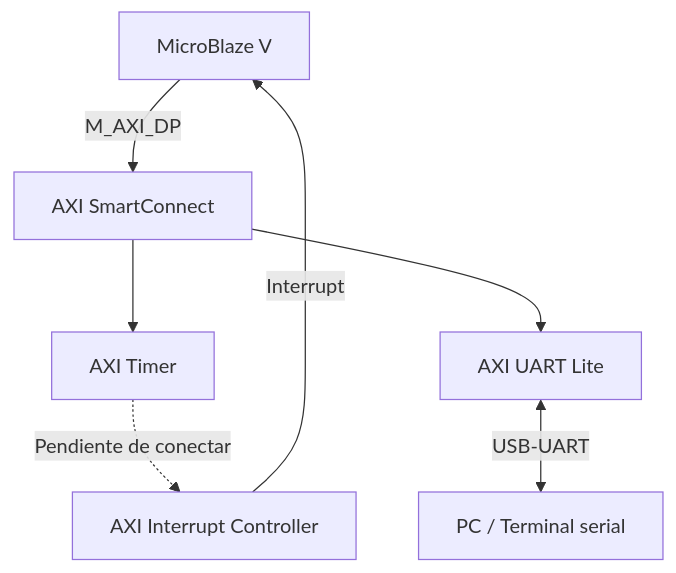
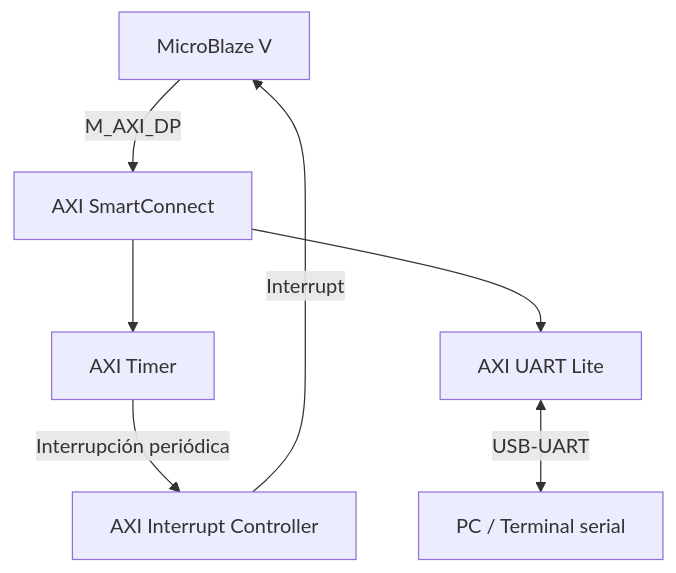
The third of 3 diagrams in docs/diseno/diseno.md (ee-herrerar/EL3313-Proyecto-4), drawn with Mermaid before and after one commit. The commit also changed other lines of this file and 2 other files, not shown here.

````diff
--- a/docs/diseno/diseno.md
+++ b/docs/diseno/diseno.md
@@ -39,16 +74,16 @@
 ```mermaid
 flowchart TD
     MB["MicroBlaze V"]
     AXI["AXI SmartConnect"]
     TIMER["AXI Timer"]
     UART["AXI UART Lite"]
     PC["PC / Terminal serial"]
     INT["AXI Interrupt Controller"]
 
     MB -->|M_AXI_DP| AXI
     AXI --> TIMER
     AXI --> UART
     UART <-->|USB-UART| PC
-    TIMER -.->|Pendiente de conectar| INT
+    TIMER -->|Interrupción periódica| INT
     INT -->|Interrupt| MB
 ```
````
